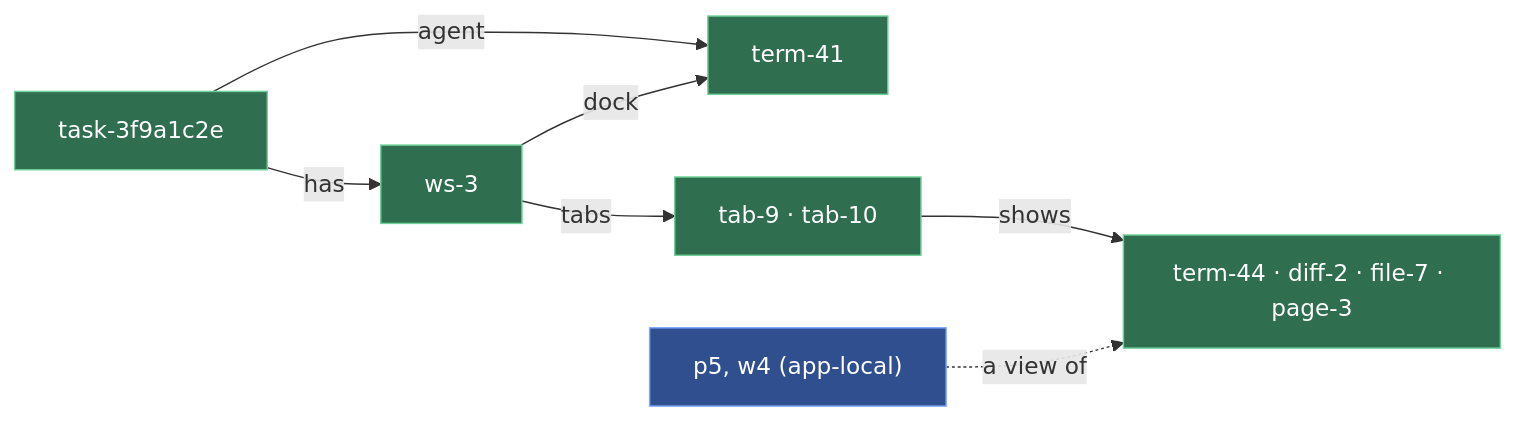
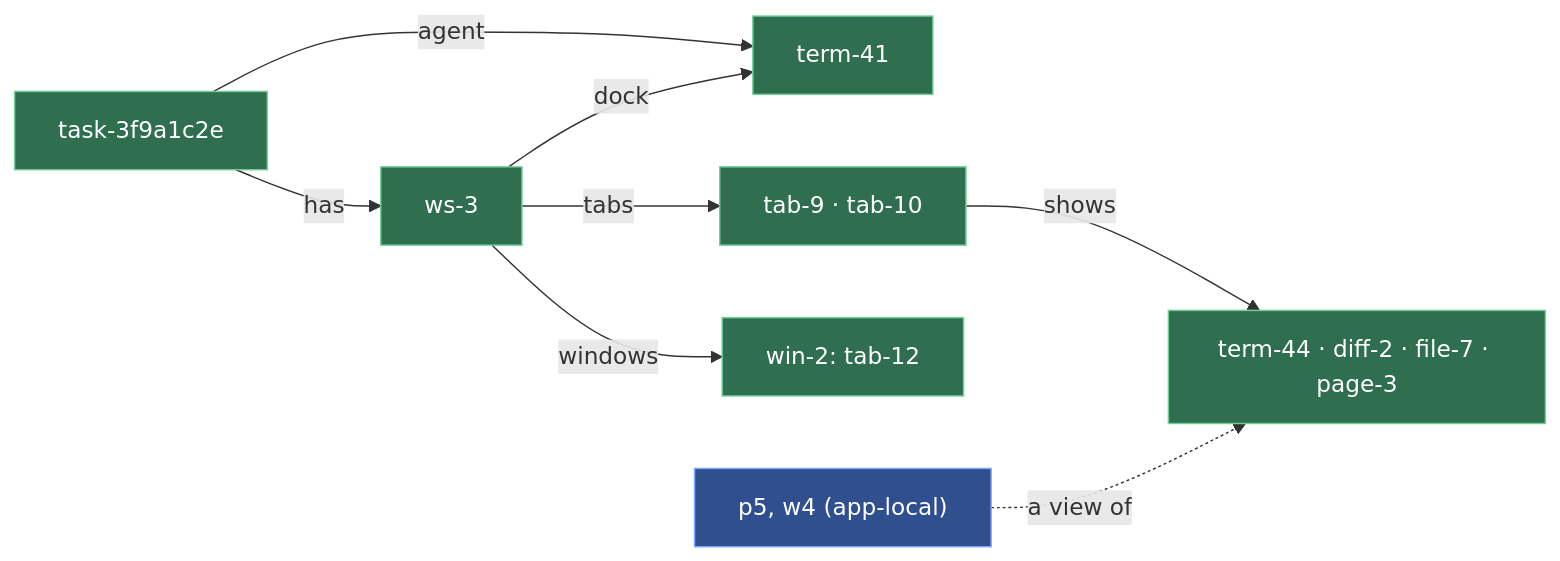
Before and after one commit to tampopogk/kanna: the second of 2 diagrams in docs/specs/presentation-layers.md, drawn with Mermaid. The commit also changed other lines of this file, not shown here.

Commit message:
Presentation layers: a workspace's windows are logical, their frames and torn-off tabs physical

````diff
--- a/docs/specs/presentation-layers.md
+++ b/docs/specs/presentation-layers.md
@@ -72,13 +74,14 @@
 ```mermaid
 flowchart LR
     T["task-3f9a1c2e"] -->|"has"| WS["ws-3"]
     T -->|"agent"| A["term-41"]
     WS -->|"dock"| A
     WS -->|"tabs"| TB["tab-9 · tab-10"]
+    WS -->|"windows"| LW["win-2: tab-12"]
     TB -->|"shows"| C["term-44 · diff-2 · file-7 · page-3"]
     P["p5, w4 (app-local)"] -.->|"a view of"| C
     classDef d fill:#2f6f4f,stroke:#6fcf97,color:#ffffff
     classDef a fill:#2f4f8f,stroke:#7fa7ff,color:#ffffff
-    class T,WS,A,TB,C d
+    class T,WS,A,TB,LW,C d
     class P a
 ```
````
